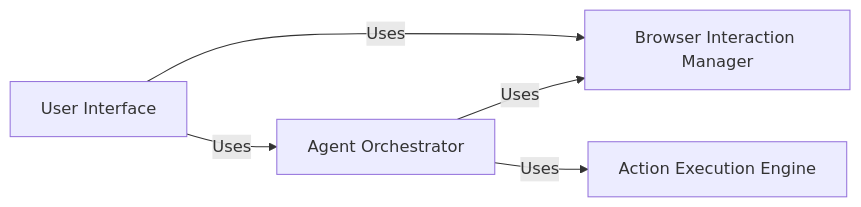
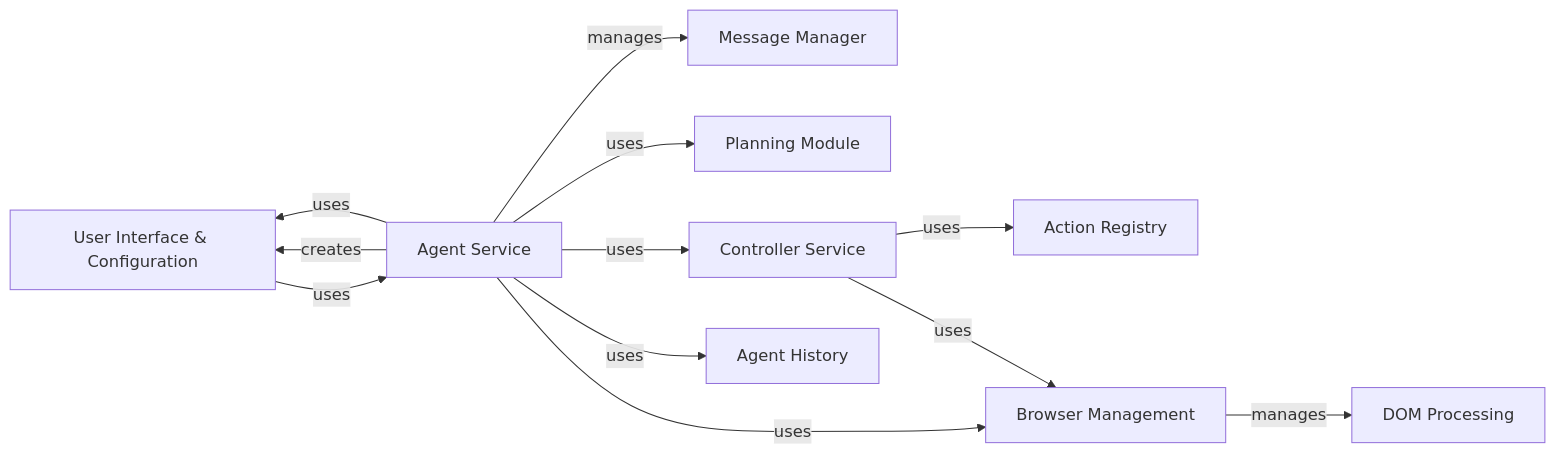
One commit to CodeBoarding/GeneratedOnBoardings changed the diagram in browser-use/on_boarding.md. Above: the diagram before and after it, drawn with Mermaid. The commit also changed other lines of this file and 13 other files, not shown here.

````diff
--- a/browser-use/on_boarding.md
+++ b/browser-use/on_boarding.md
@@ -1,15 +1,32 @@
 ```mermaid
 graph LR
-    Agent_Orchestrator["Agent Orchestrator"]
-    Browser_Interaction_Manager["Browser Interaction Manager"]
-    Action_Execution_Engine["Action Execution Engine"]
-    User_Interface["User Interface"]
-    Agent_Orchestrator -- "Uses" --> Browser_Interaction_Manager
-    Agent_Orchestrator -- "Uses" --> Action_Execution_Engine
-    User_Interface -- "Uses" --> Agent_Orchestrator
-    User_Interface -- "Uses" --> Browser_Interaction_Manager
-    click Agent_Orchestrator href "https://github.com/CodeBoarding/GeneratedOnBoardings/blob/main/browser-use/Agent Orchestrator.md" "Details"
-    click Browser_Interaction_Manager href "https://github.com/CodeBoarding/GeneratedOnBoardings/blob/main/browser-use/Browser Interaction Manager.md" "Details"
-    click Action_Execution_Engine href "https://github.com/CodeBoarding/GeneratedOnBoardings/blob/main/browser-use/Action Execution Engine.md" "Details"
-    click User_Interface href "https://github.com/CodeBoarding/GeneratedOnBoardings/blob/main/browser-use/User Interface.md" "Details"
+    User_Interface_Configuration["User Interface & Configuration"]
+    Agent_Service["Agent Service"]
+    Message_Manager["Message Manager"]
+    Planning_Module["Planning Module"]
+    Controller_Service["Controller Service"]
+    Action_Registry["Action Registry"]
+    Browser_Management["Browser Management"]
+    DOM_Processing["DOM Processing"]
+    Agent_History["Agent History"]
+    User_Interface_Configuration -- "uses" --> Agent_Service
+    Agent_Service -- "manages" --> Message_Manager
+    Agent_Service -- "uses" --> Controller_Service
+    Agent_Service -- "uses" --> Browser_Management
+    Agent_Service -- "uses" --> Planning_Module
+    Agent_Service -- "uses" --> Agent_History
+    Controller_Service -- "uses" --> Browser_Management
+    Controller_Service -- "uses" --> Action_Registry
+    Browser_Management -- "manages" --> DOM_Processing
+    Agent_Service -- "creates" --> User_Interface_Configuration
+    Agent_Service -- "uses" --> User_Interface_Configuration
+    click User_Interface_Configuration href "https://github.com/CodeBoarding/GeneratedOnBoardings/blob/main/browser-use/User Interface & Configuration.md" "Details"
+    click Agent_Service href "https://github.com/CodeBoarding/GeneratedOnBoardings/blob/main/browser-use/Agent Service.md" "Details"
+    click Message_Manager href "https://github.com/CodeBoarding/GeneratedOnBoardings/blob/main/browser-use/Message Manager.md" "Details"
+    click Planning_Module href "https://github.com/CodeBoarding/GeneratedOnBoardings/blob/main/browser-use/Planning Module.md" "Details"
+    click Controller_Service href "https://github.com/CodeBoarding/GeneratedOnBoardings/blob/main/browser-use/Controller Service.md" "Details"
+    click Action_Registry href "https://github.com/CodeBoarding/GeneratedOnBoardings/blob/main/browser-use/Action Registry.md" "Details"
+    click Browser_Management href "https://github.com/CodeBoarding/GeneratedOnBoardings/blob/main/browser-use/Browser Management.md" "Details"
+    click DOM_Processing href "https://github.com/CodeBoarding/GeneratedOnBoardings/blob/main/browser-use/DOM Processing.md" "Details"
+    click Agent_History href "https://github.com/CodeBoarding/GeneratedOnBoardings/blob/main/browser-use/Agent History.md" "Details"
 ```
````
